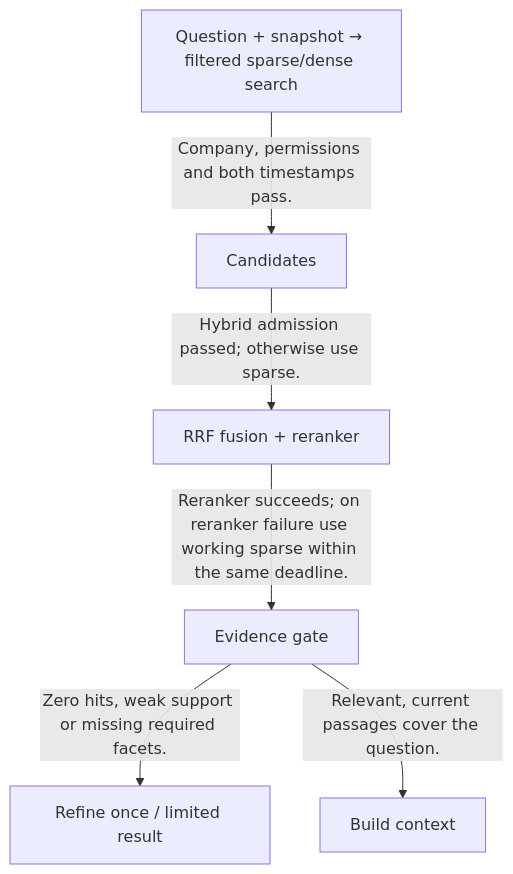
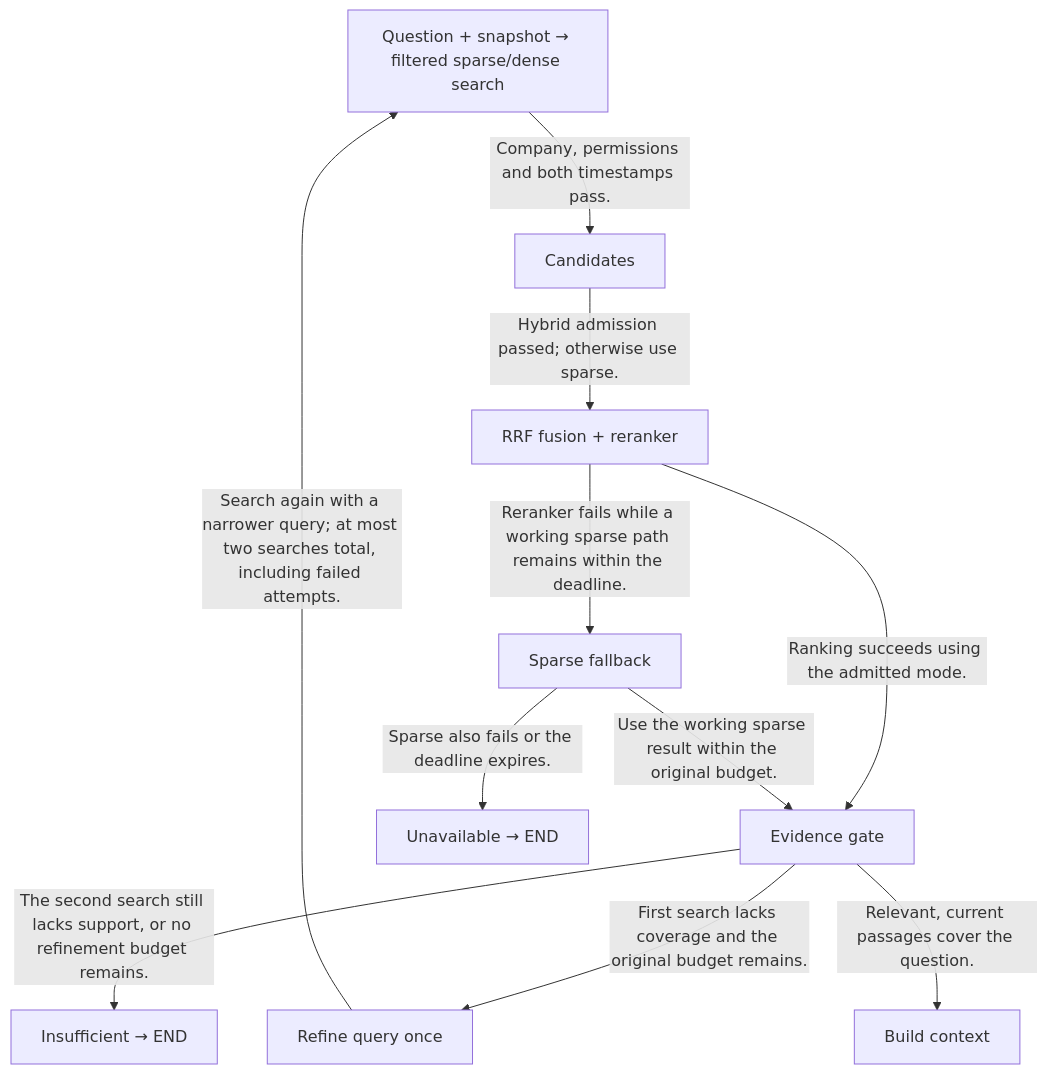
The third of 11 diagrams in docs/FINANCIAL_REPORT_DEVELOPMENT_PROPOSAL.md (ByronHo68/ai-learning-academy), drawn with Mermaid before and after one commit. The commit also changed other lines of this file and 68 other files, not shown here.

Commit message:
Add workflow atlas with per-function graphs and bounded retry paths

````diff
--- a/docs/FINANCIAL_REPORT_DEVELOPMENT_PROPOSAL.md
+++ b/docs/FINANCIAL_REPORT_DEVELOPMENT_PROPOSAL.md
@@ -819,14 +833,22 @@
 ```mermaid
 flowchart TD
   n0["Question + snapshot → filtered sparse/dense search"]
   n1["Candidates"]
   n2["RRF fusion + reranker"]
   n3["Evidence gate"]
-  n4["Refine once / limited result"]
-  n5["Build context"]
+  n4["Sparse fallback"]
+  n5["Unavailable → END"]
+  n6["Refine query once"]
+  n7["Insufficient → END"]
+  n8["Build context"]
   n0 -->|"Company, permissions and both timestamps pass."| n1
   n1 -->|"Hybrid admission passed; otherwise use sparse."| n2
-  n2 -->|"Reranker succeeds; on reranker failure use working sparse within the same deadline."| n3
-  n3 -->|"Zero hits, weak support or missing required facets."| n4
-  n3 -->|"Relevant, current passages cover the question."| n5
+  n2 -->|"Ranking succeeds using the admitted mode."| n3
+  n2 -->|"Reranker fails while a working sparse path remains within the deadline."| n4
+  n4 -->|"Use the working sparse result within the original budget."| n3
+  n4 -->|"Sparse also fails or the deadline expires."| n5
+  n3 -->|"First search lacks coverage and the original budget remains."| n6
+  n6 -->|"Search again with a narrower query; at most two searches total, including failed attempts."| n0
+  n3 -->|"The second search still lacks support, or no refinement budget remains."| n7
+  n3 -->|"Relevant, current passages cover the question."| n8
 ```
````
